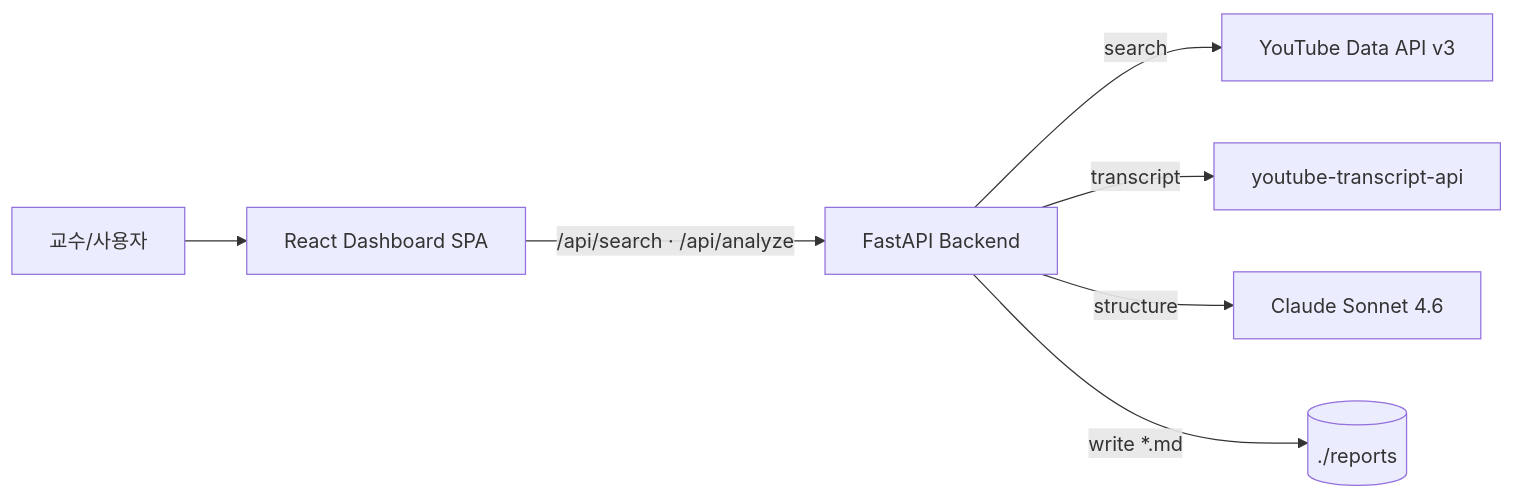
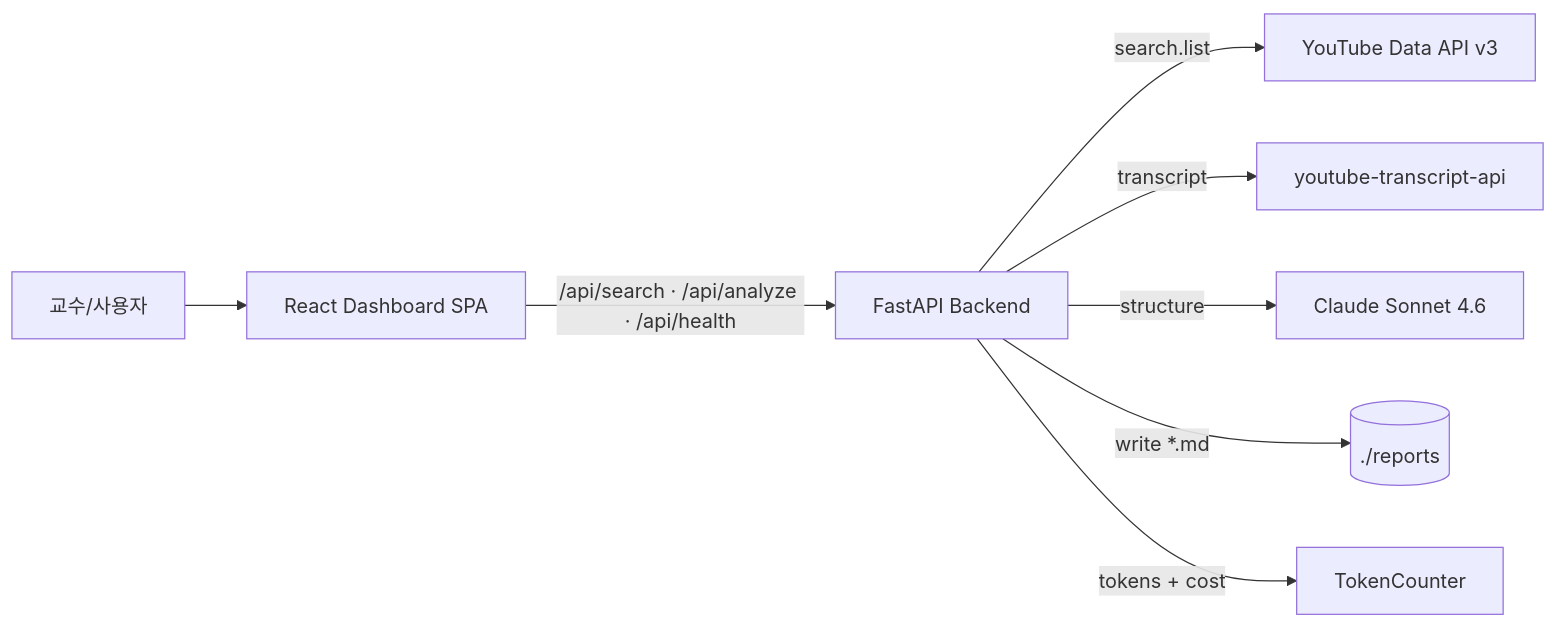
One commit to ischung/techreport-from-utube changed the first of 2 diagrams in README.md. Above: the diagram before and after it, drawn with Mermaid. The commit also changed other lines of this file and 2 other files, not shown here.

````diff
--- a/README.md
+++ b/README.md
@@ -43,9 +62,10 @@
 ```mermaid
 graph LR
   U[교수/사용자] --> FE[React Dashboard SPA]
-  FE -->|/api/search · /api/analyze| BE[FastAPI Backend]
-  BE -->|search| YT[YouTube Data API v3]
+  FE -->|/api/search · /api/analyze · /api/health| BE[FastAPI Backend]
+  BE -->|search.list| YT[YouTube Data API v3]
   BE -->|transcript| YTS[youtube-transcript-api]
   BE -->|structure| LLM[Claude Sonnet 4.6]
   BE -->|write *.md| FS[(./reports)]
+  BE -->|tokens + cost| OB[TokenCounter]
 ```
````
